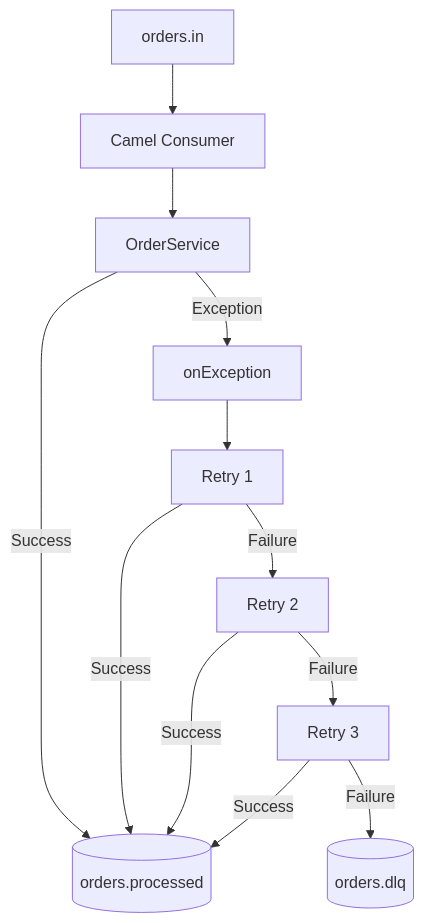
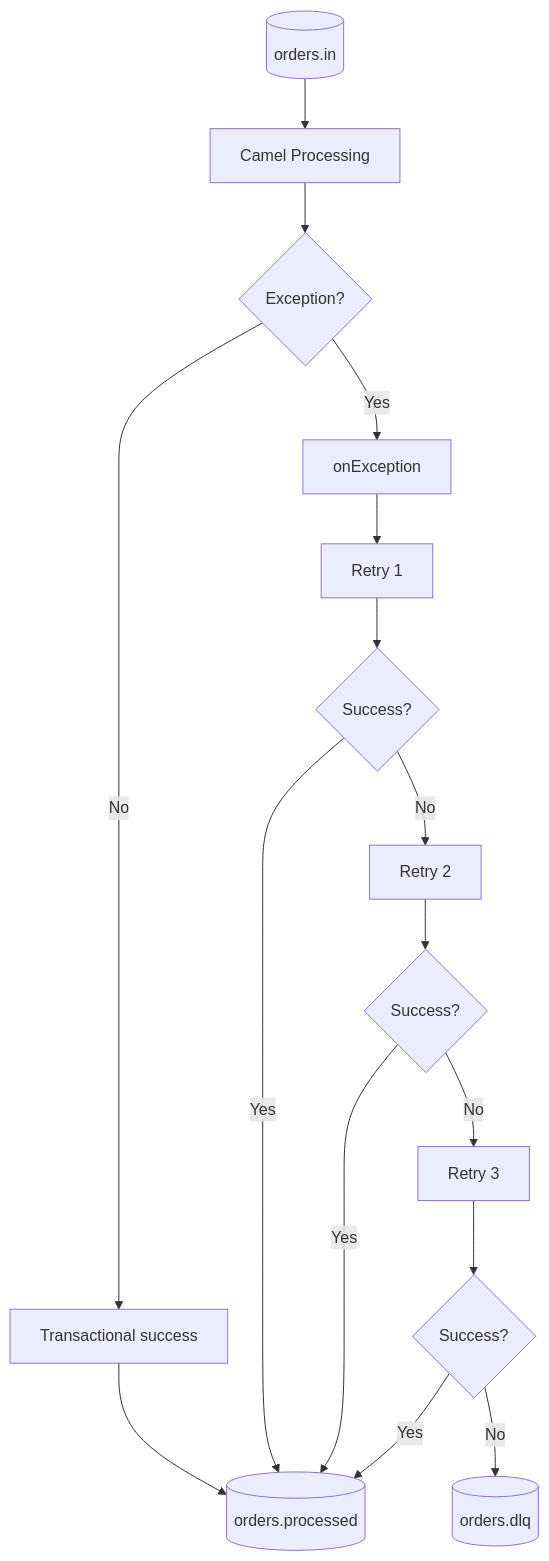
One commit to kaushleshtripathi/spring-boot-camel-artemis-xml-dsl-postgresql changed the seventh of 9 diagrams in README.md. Above: the diagram before and after it, drawn with Mermaid. The commit also changed other lines of this file and 1 other file, not shown here.

````diff
--- a/README.md
+++ b/README.md
@@ -777,23 +446,22 @@
 ```mermaid
 flowchart TD
+    A[("orders.in")] --> B["Camel Processing"]
+    B --> C{"Exception?"}
 
-    A[orders.in] --> B[Camel Consumer]
+    C -->|No| D["Transactional success"]
+    D --> E[("orders.processed")]
 
-    B --> C[OrderService]
+    C -->|Yes| F["onException"]
+    F --> G["Retry 1"]
+    G --> H{"Success?"}
+    H -->|Yes| E
+    H -->|No| I["Retry 2"]
 
-    C -->|Success| D[(orders.processed)]
+    I --> J{"Success?"}
+    J -->|Yes| E
+    J -->|No| K["Retry 3"]
 
-    C -->|Exception| E[onException]
-
-    E --> F[Retry 1]
-
-    F -->|Failure| G[Retry 2]
-
-    G -->|Failure| H[Retry 3]
-
-    F -->|Success| D
-    G -->|Success| D
-    H -->|Success| D
-
-    H -->|Failure| I[(orders.dlq)]
+    K --> L{"Success?"}
+    L -->|Yes| E
+    L -->|No| M[("orders.dlq")]
 ```
````
